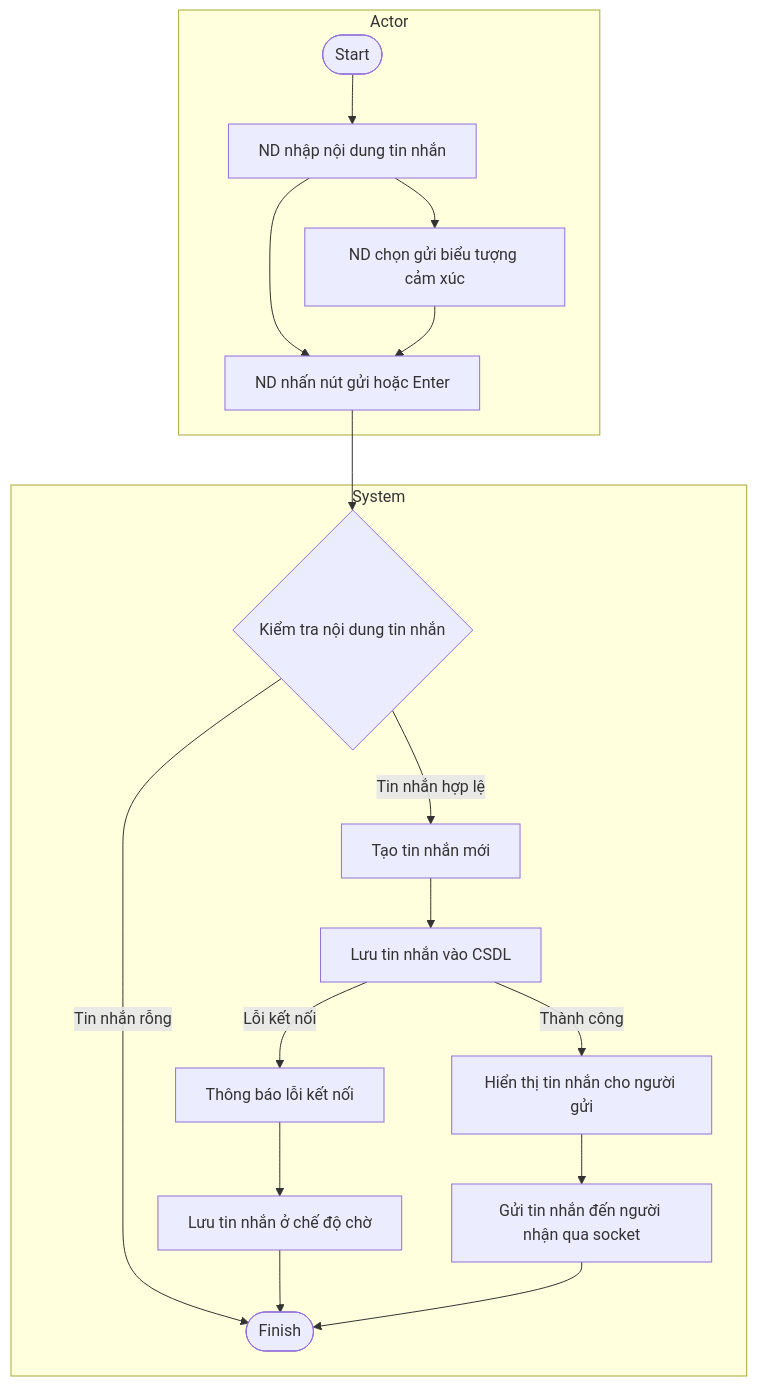
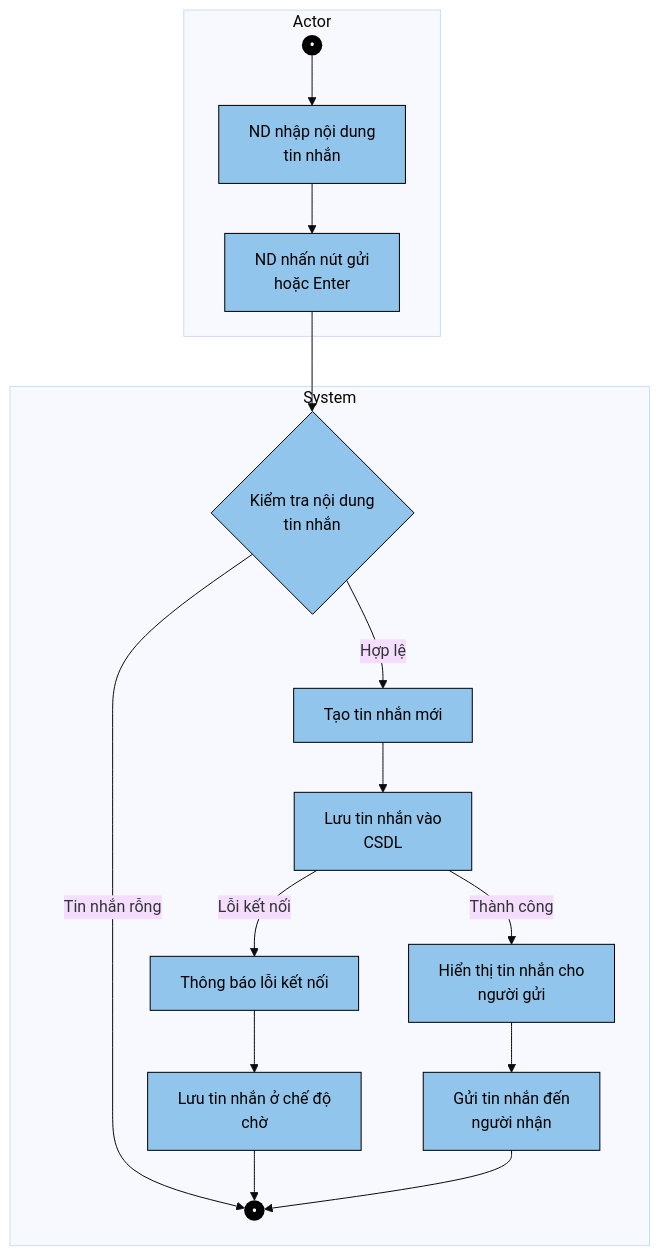
The diagram in README.md (GiaHuyyy/21032471_ToVuGiaHuy_Tuan7), drawn with Mermaid before and after one commit.

````diff
--- a/README.md
+++ b/README.md
@@ -1,33 +1,35 @@
 ```mermaid
-graph TD
+%%{init: { 'theme': 'base', 'themeVariables': { 'primaryBorderColor': '#aaaaaa', 'activityBorderColor': '#aaaaaa' } } }%%
+flowchart TD
     subgraph Actor
-        Start([Start]) --> A1[ND nhập nội dung tin nhắn]
-        A2[ND nhấn nút gửi hoặc Enter]
-        A3[ND chọn gửi biểu tượng cảm xúc]
+        Start((•)) --> A1[ND nhập nội dung<br>tin nhắn]
+        A1 --> A2[ND nhấn nút gửi<br>hoặc Enter]
     end
     
     subgraph System
-        B1{Kiểm tra nội dung tin nhắn}
-        B2[Tạo tin nhắn mới]
-        B3[Lưu tin nhắn vào CSDL]
-        B4[Hiển thị tin nhắn cho người gửi]
-        B5[Gửi tin nhắn đến người nhận qua socket]
-        B6[Thông báo lỗi kết nối]
-        B7[Lưu tin nhắn ở chế độ chờ]
-        Finish([Finish])
+        A2 --> B1{Kiểm tra nội dung<br>tin nhắn}
+        B1 -->|Tin nhắn rỗng| Finish
+        B1 -->|Hợp lệ| B2[Tạo tin nhắn mới]
+        B2 --> B3[Lưu tin nhắn vào<br>CSDL]
+        
+        B3 -->|Lỗi kết nối| B4[Thông báo lỗi kết nối]
+        B4 --> B5[Lưu tin nhắn ở chế độ<br>chờ]
+        B5 --> Finish
+        
+        B3 -->|Thành công| B6[Hiển thị tin nhắn cho<br>người gửi]
+        B6 --> B7[Gửi tin nhắn đến<br>người nhận]
+        B7 --> Finish
+        
+        Finish((•))
     end
     
-    A1 --> A2
-    A1 --> A3
-    A3 --> A2
-    A2 --> B1
-    B1 -->|Tin nhắn rỗng| Finish
-    B1 -->|Tin nhắn hợp lệ| B2
-    B2 --> B3
-    B3 -->|Thành công| B4
-    B3 -->|Lỗi kết nối| B6
-    B6 --> B7
-    B7 --> Finish
-    B4 --> B5
-    B5 --> Finish
+    classDef actorNode fill:#91c5eb,stroke:#000,stroke-width:1px,color:#000,border-radius:15px
+    classDef systemNode fill:#91c5eb,stroke:#000,stroke-width:1px,color:#000,border-radius:15px
+    classDef decisionNode fill:#91c5eb,stroke:#000,stroke-width:1px,color:#000,border-radius:0px
+    classDef startEndNode fill:#000,stroke:none,color:#fff
+    
+    class A1,A2 actorNode
+    class B2,B3,B4,B5,B6,B7 systemNode
+    class B1 decisionNode
+    class Start,Finish startEndNode
 ```
````
